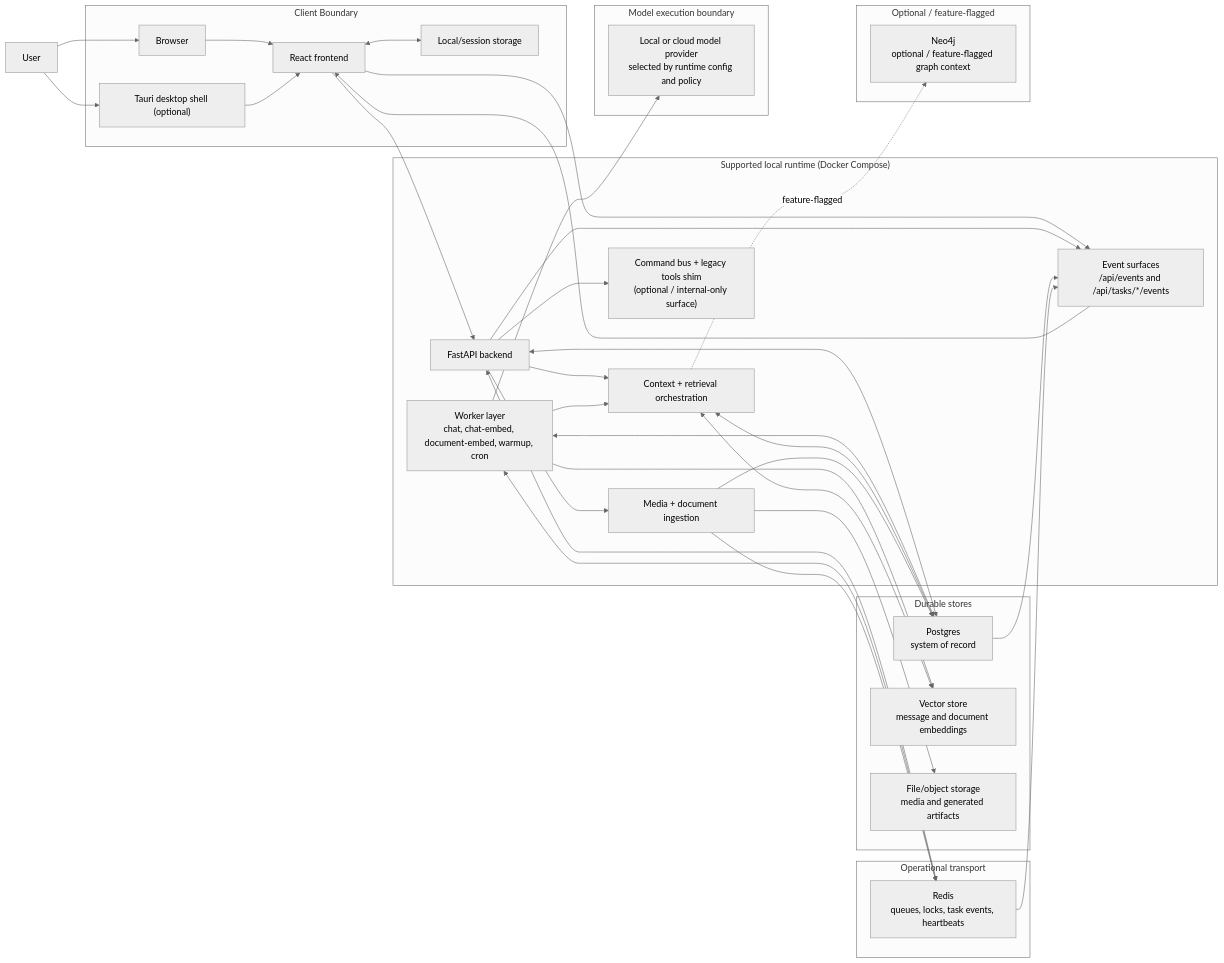
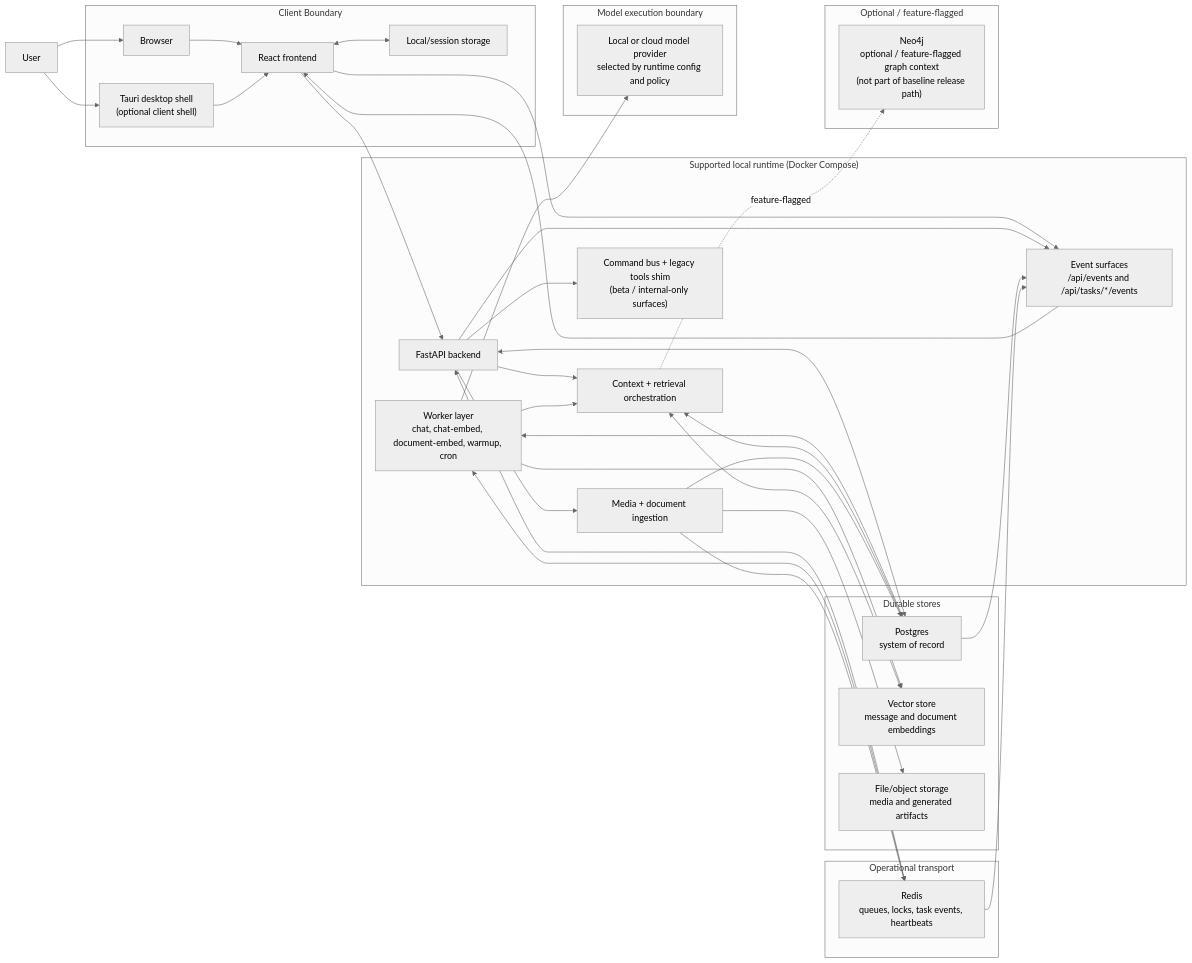
The first of 4 diagrams in docs/architecture/runtime-diagrams-v1.md (Resonant-Jones/Codexify), drawn with Mermaid (neutral theme) before and after one commit. The commit also changed other lines of this file and 9 other files, not shown here.

Commit message:
docs: sync release and architecture notes

````diff
--- a/docs/architecture/runtime-diagrams-v1.md
+++ b/docs/architecture/runtime-diagrams-v1.md
@@ -38,66 +38,66 @@
 ```mermaid
 flowchart LR
     user["User"]
 
     subgraph clients["Client Boundary"]
         browser["Browser"]
-        tauri["Tauri desktop shell (optional)"]
+        tauri["Tauri desktop shell<br/>(optional client shell)"]
         frontend["React frontend"]
         client_state["Local/session storage"]
     end
 
     subgraph runtime["Supported local runtime (Docker Compose)"]
         backend["FastAPI backend"]
         event_surface["Event surfaces<br/>/api/events and /api/tasks/*/events"]
         workers["Worker layer<br/>chat, chat-embed, document-embed, warmup, cron"]
         context["Context + retrieval orchestration"]
         ingestion["Media + document ingestion"]
-        command["Command bus + legacy tools shim<br/>(optional / internal-only surface)"]
+        command["Command bus + legacy tools shim<br/>(beta / internal-only surfaces)"]
     end
 
     subgraph durable["Durable stores"]
         postgres["Postgres<br/>system of record"]
         vector["Vector store<br/>message and document embeddings"]
         media_store["File/object storage<br/>media and generated artifacts"]
     end
 
     subgraph operational["Operational transport"]
         redis["Redis<br/>queues, locks, task events, heartbeats"]
     end
 
     subgraph optional["Optional / feature-flagged"]
-        neo4j["Neo4j<br/>optional / feature-flagged graph context"]
+        neo4j["Neo4j<br/>optional / feature-flagged graph context<br/>(not part of baseline release path)"]
     end
 
     subgraph model_boundary["Model execution boundary"]
         provider["Local or cloud model provider<br/>selected by runtime config and policy"]
     end
 
     user --> browser
     user --> tauri
     browser --> frontend
     tauri --> frontend
     frontend <--> client_state
     frontend --> backend
     frontend --> event_surface
     backend --> event_surface
     postgres --> event_surface
     redis --> event_surface
     event_surface --> frontend
     backend --> context
     backend --> ingestion
     backend --> command
     backend <--> postgres
     backend <--> redis
     workers <--> redis
     workers <--> postgres
     workers --> context
     workers --> vector
     workers --> provider
     context <--> postgres
     context <--> vector
     context -. feature-flagged .-> neo4j
     ingestion --> media_store
     ingestion --> postgres
     ingestion --> redis
 ```
````
